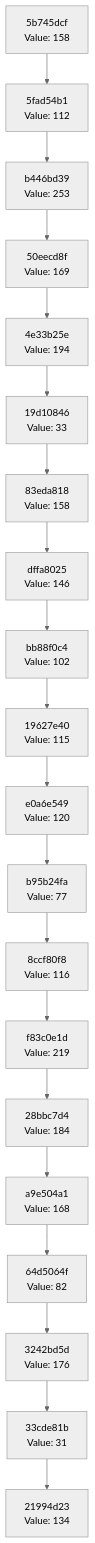
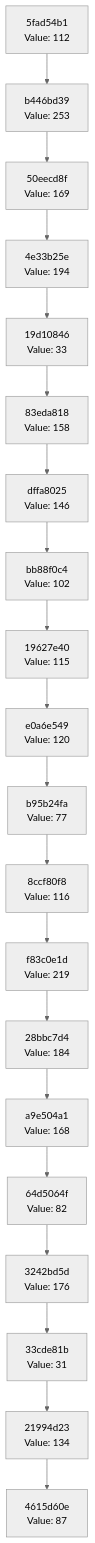
The diagram in docs/CHAIN_VISUALIZATION.md (Abhisheksinha1506/hash-chain-evolver), drawn with Mermaid (neutral theme) before and after one commit. The commit also changed 2 other files, not shown here.

Commit message:
Evolution step: hash 0x57 → action executed

````diff
--- a/docs/CHAIN_VISUALIZATION.md
+++ b/docs/CHAIN_VISUALIZATION.md
@@ -3,42 +3,42 @@
 ```mermaid
 graph TD
-    C0["21994d23<br/>Value: 134"]
-    C1["33cde81b<br/>Value: 31"]
+    C0["4615d60e<br/>Value: 87"]
+    C1["21994d23<br/>Value: 134"]
     C1 --> C0
-    C2["3242bd5d<br/>Value: 176"]
+    C2["33cde81b<br/>Value: 31"]
     C2 --> C1
-    C3["64d5064f<br/>Value: 82"]
+    C3["3242bd5d<br/>Value: 176"]
     C3 --> C2
-    C4["a9e504a1<br/>Value: 168"]
+    C4["64d5064f<br/>Value: 82"]
     C4 --> C3
-    C5["28bbc7d4<br/>Value: 184"]
+    C5["a9e504a1<br/>Value: 168"]
     C5 --> C4
-    C6["f83c0e1d<br/>Value: 219"]
+    C6["28bbc7d4<br/>Value: 184"]
     C6 --> C5
-    C7["8ccf80f8<br/>Value: 116"]
+    C7["f83c0e1d<br/>Value: 219"]
     C7 --> C6
-    C8["b95b24fa<br/>Value: 77"]
+    C8["8ccf80f8<br/>Value: 116"]
     C8 --> C7
-    C9["e0a6e549<br/>Value: 120"]
+    C9["b95b24fa<br/>Value: 77"]
     C9 --> C8
-    C10["19627e40<br/>Value: 115"]
+    C10["e0a6e549<br/>Value: 120"]
     C10 --> C9
-    C11["bb88f0c4<br/>Value: 102"]
+    C11["19627e40<br/>Value: 115"]
     C11 --> C10
-    C12["dffa8025<br/>Value: 146"]
+    C12["bb88f0c4<br/>Value: 102"]
     C12 --> C11
-    C13["83eda818<br/>Value: 158"]
+    C13["dffa8025<br/>Value: 146"]
     C13 --> C12
-    C14["19d10846<br/>Value: 33"]
+    C14["83eda818<br/>Value: 158"]
     C14 --> C13
-    C15["4e33b25e<br/>Value: 194"]
+    C15["19d10846<br/>Value: 33"]
     C15 --> C14
-    C16["50eecd8f<br/>Value: 169"]
+    C16["4e33b25e<br/>Value: 194"]
     C16 --> C15
-    C17["b446bd39<br/>Value: 253"]
+    C17["50eecd8f<br/>Value: 169"]
     C17 --> C16
-    C18["5fad54b1<br/>Value: 112"]
+    C18["b446bd39<br/>Value: 253"]
     C18 --> C17
-    C19["5b745dcf<br/>Value: 158"]
+    C19["5fad54b1<br/>Value: 112"]
     C19 --> C18
 ```
````
